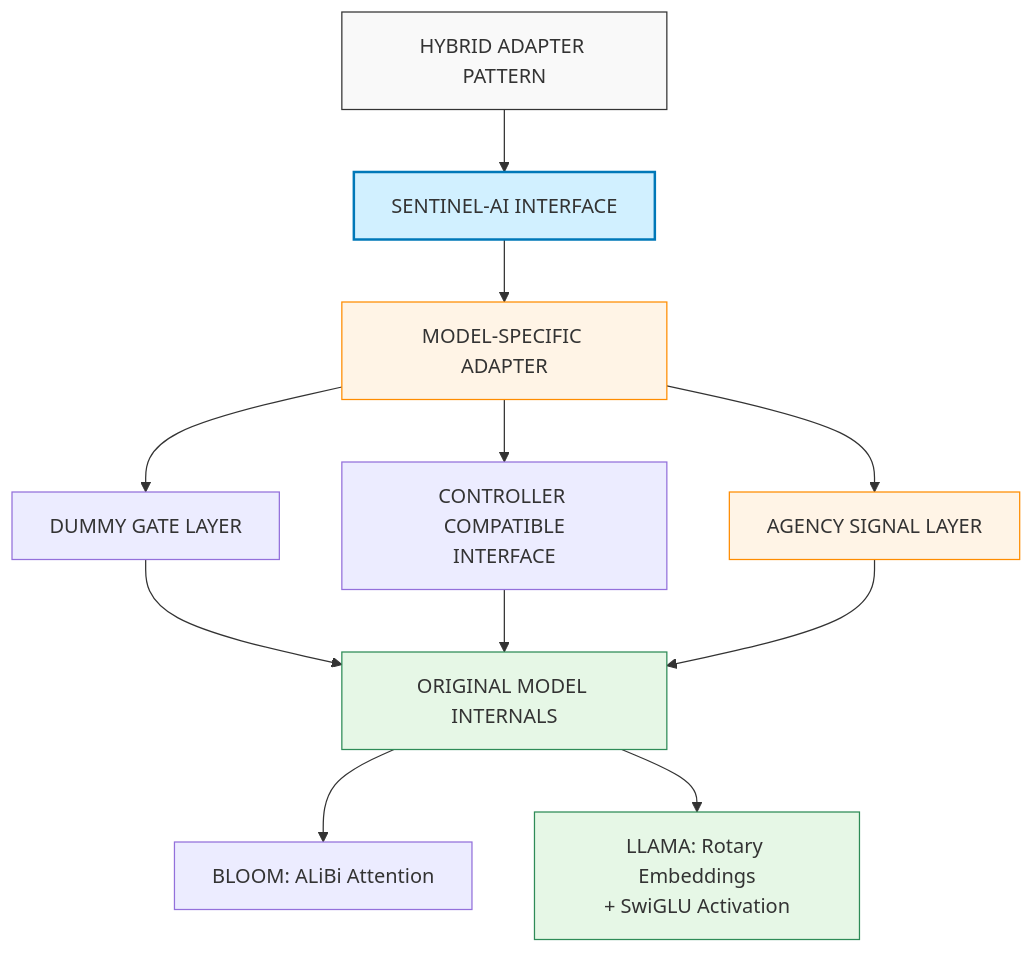
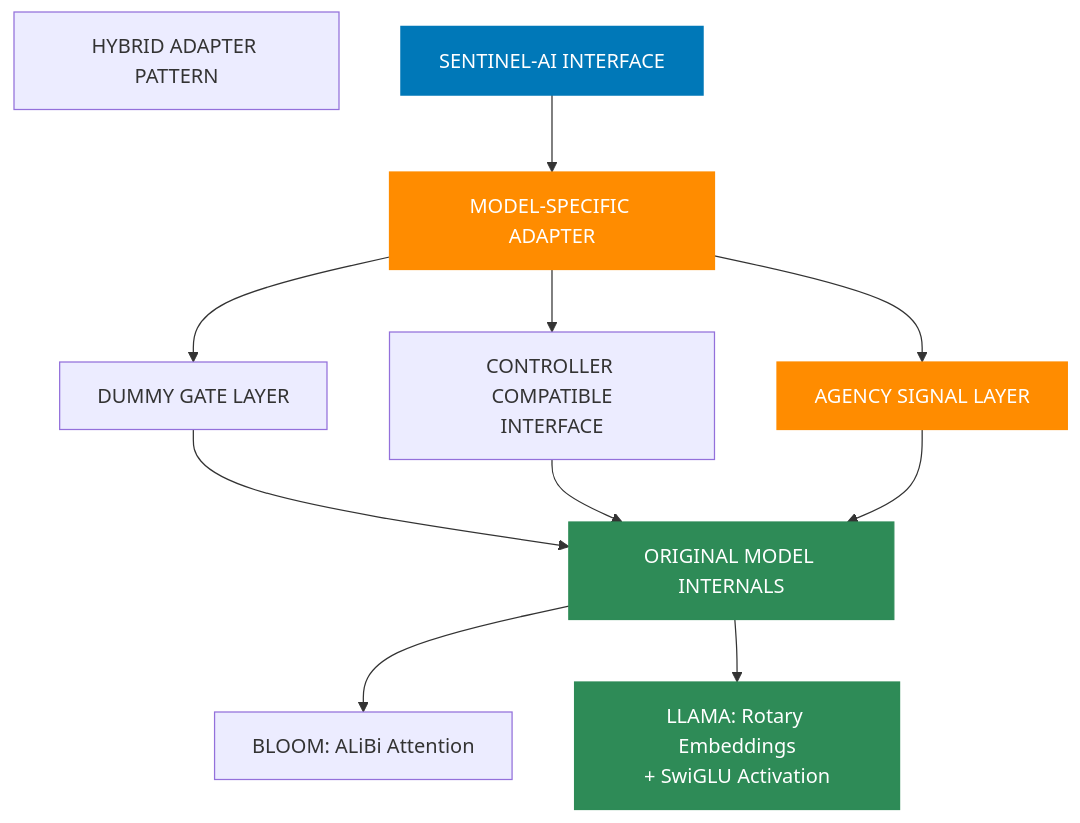
The third of 6 diagrams in README.md (CambrianTech/sentinel-ai), drawn with Mermaid before and after one commit. The commit also changed other lines of this file and 3 other files, not shown here.

First line of the commit message:
Fix colors in Mermaid diagrams for better readability (#33)

````diff
--- a/README.md
+++ b/README.md
@@ -161,39 +163,38 @@
 ```mermaid
 flowchart TD
-    classDef standard fill:#f9f9f9,stroke:#333,stroke-width:1px
-    classDef interface fill:#d1f0ff,stroke:#0078b8,stroke-width:2px
-    classDef adapter fill:#fff4e6,stroke:#ff8c00,stroke-width:1px
-    classDef original fill:#e6f7e6,stroke:#2e8b57,stroke-width:1px
+    classDef standard fill:#333,stroke:#333,stroke-width:1px,color:#fff
+    classDef interface fill:#0078b8,stroke:#0078b8,stroke-width:2px,color:#fff
+    classDef adapter fill:#ff8c00,stroke:#ff8c00,stroke-width:1px,color:#fff
+    classDef original fill:#2e8b57,stroke:#2e8b57,stroke-width:1px,color:#fff
     
     %% Main Components
-    title["HYBRID ADAPTER PATTERN"]
+    header["HYBRID ADAPTER PATTERN"]
     interface["SENTINEL-AI INTERFACE"]
     adapter["MODEL-SPECIFIC ADAPTER"]
     original["ORIGINAL MODEL INTERNALS"]
     
     %% Adapter Components
     gates["DUMMY GATE LAYER"]
     compatible["CONTROLLER COMPATIBLE<br/>INTERFACE"]
     agency["AGENCY SIGNAL LAYER"]
     
     %% Original Model Components
     bloom["BLOOM: ALiBi Attention"]
     llama["LLAMA: Rotary Embeddings<br/>+ SwiGLU Activation"]
     
     %% Connections
-    title --> interface
-    interface --> adapter
+        interface --> adapter
     adapter --> gates & compatible & agency
     gates & compatible & agency --> original
     original --> bloom & llama
     
     %% Styling
-    title:::standard
+    header:::header
     interface:::interface
     adapter:::adapter
     original:::original
     
     gates & compatible & agency:::adapter
     
     bloom & llama:::original
 ```
````
